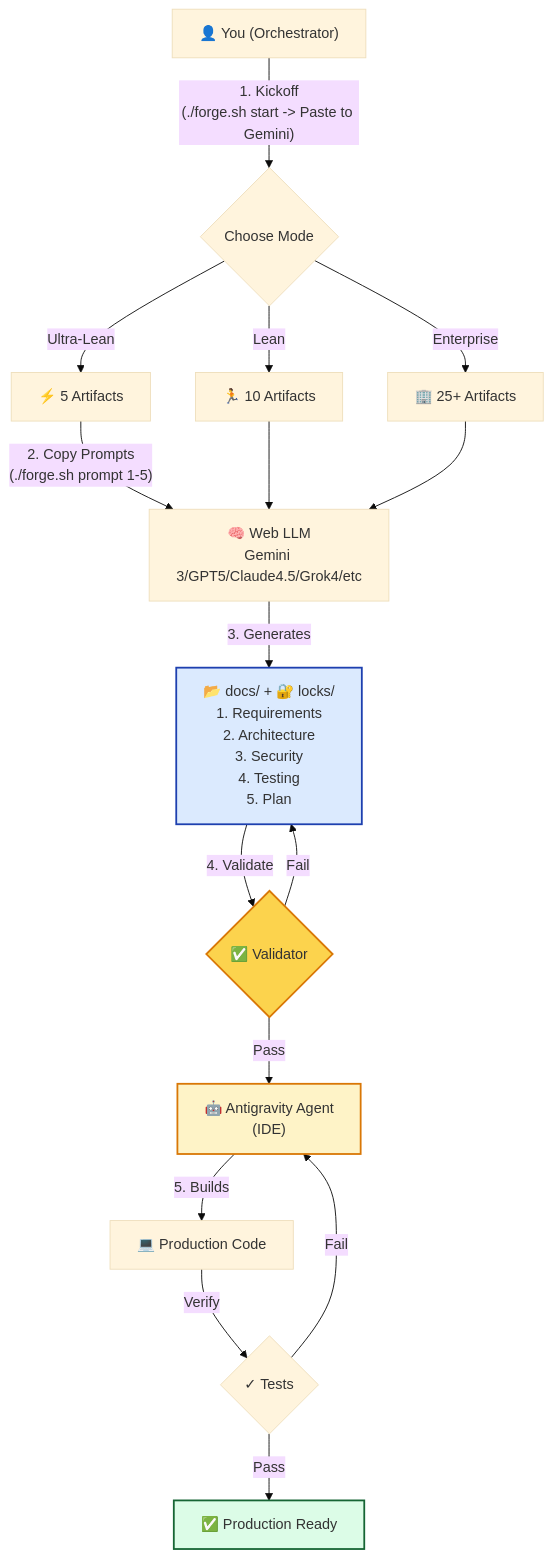
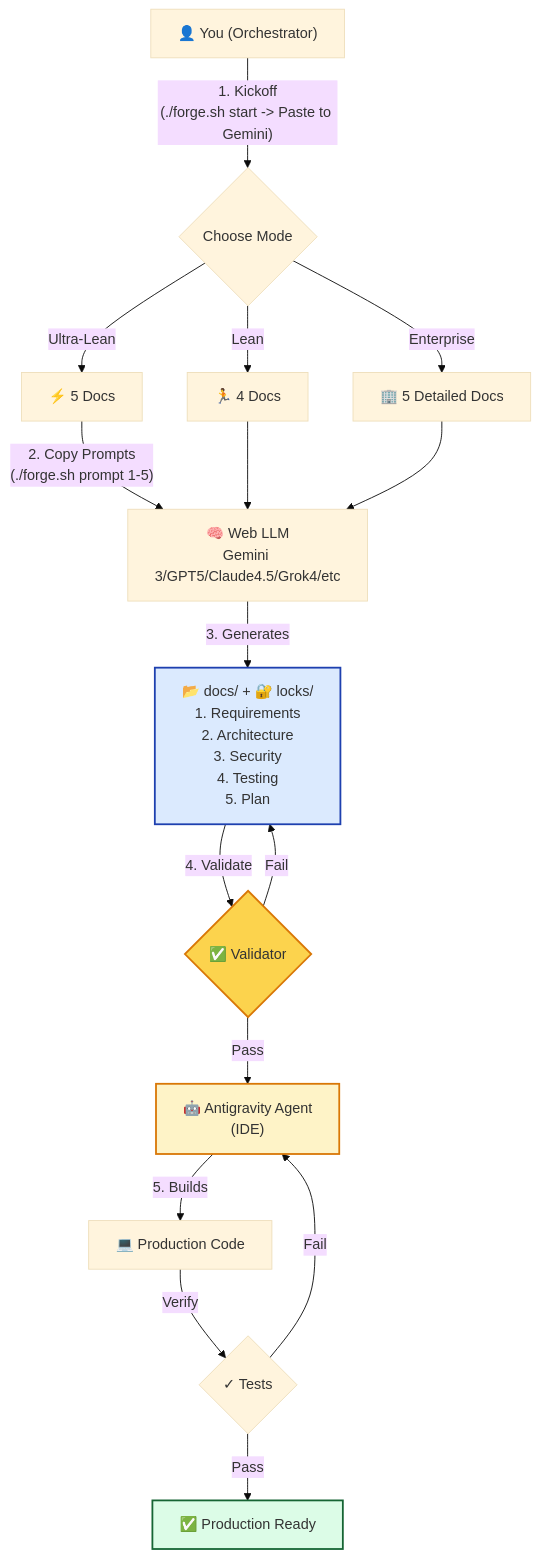
One commit to richfrem/quantum-diamond-forge changed the diagram in README.md. Above: the diagram before and after it, drawn with Mermaid (base theme). The commit also changed other lines of this file and 66 other files, not shown here.

Commit message:
Update prompts, README, diagrams, and add new backlog task for Ultra-Lean evaluation

````diff
--- a/README.md
+++ b/README.md
@@ -59,23 +59,23 @@
 ```mermaid
 flowchart TB
     User["👤 You (Orchestrator)"] -- "1. Kickoff<br/>(./forge.sh start -> Paste to Gemini)" --> Mode{"Choose Mode"}
-    Mode -- "Ultra-Lean" --> Ultra["⚡ 5 Artifacts"]
-    Mode -- Lean --> Lean["🏃 10 Artifacts"]
-    Mode -- Enterprise --> Ent["🏢 25+ Artifacts"]
+    Mode -- "Ultra-Lean" --> Ultra["⚡ 5 Docs"]
+    Mode -- Lean --> Lean["🏃 4 Docs"]
+    Mode -- Enterprise --> Ent["🏢 5 Detailed Docs"]
     Ultra -- "2. Copy Prompts<br/>(./forge.sh prompt 1-5)" --> WebAI["🧠 Web LLM<br>Gemini 3/GPT5/Claude4.5/Grok4/etc"]
     Lean --> WebAI
     Ent --> WebAI
     WebAI -- "3. Generates" --> Docs["📂 docs/ + 🔐 locks/<br>1. Requirements<br>2. Architecture<br>3. Security<br>4. Testing<br>5. Plan"]
     Docs -- "4. Validate" --> Gate{"✅ Validator"}
     Gate -- Pass --> Agent["🤖 Antigravity Agent<br>(IDE)"]
     Gate -- Fail --> Docs
     Agent -- "5. Builds" --> Code["💻 Production Code"]
     Code -- Verify --> Tests{"✓ Tests"}
     Tests -- Pass --> Done["✅ Production Ready"]
     Tests -- Fail --> Agent
 
     style Docs fill:#dbeafe,stroke:#1e40af,stroke-width:2px
     style Gate fill:#fcd34d,stroke:#d97706,stroke-width:2px
     style Agent fill:#fef3c7,stroke:#d97706,stroke-width:2px
     style Done fill:#dcfce7,stroke:#166534,stroke-width:2px
 ```
````
